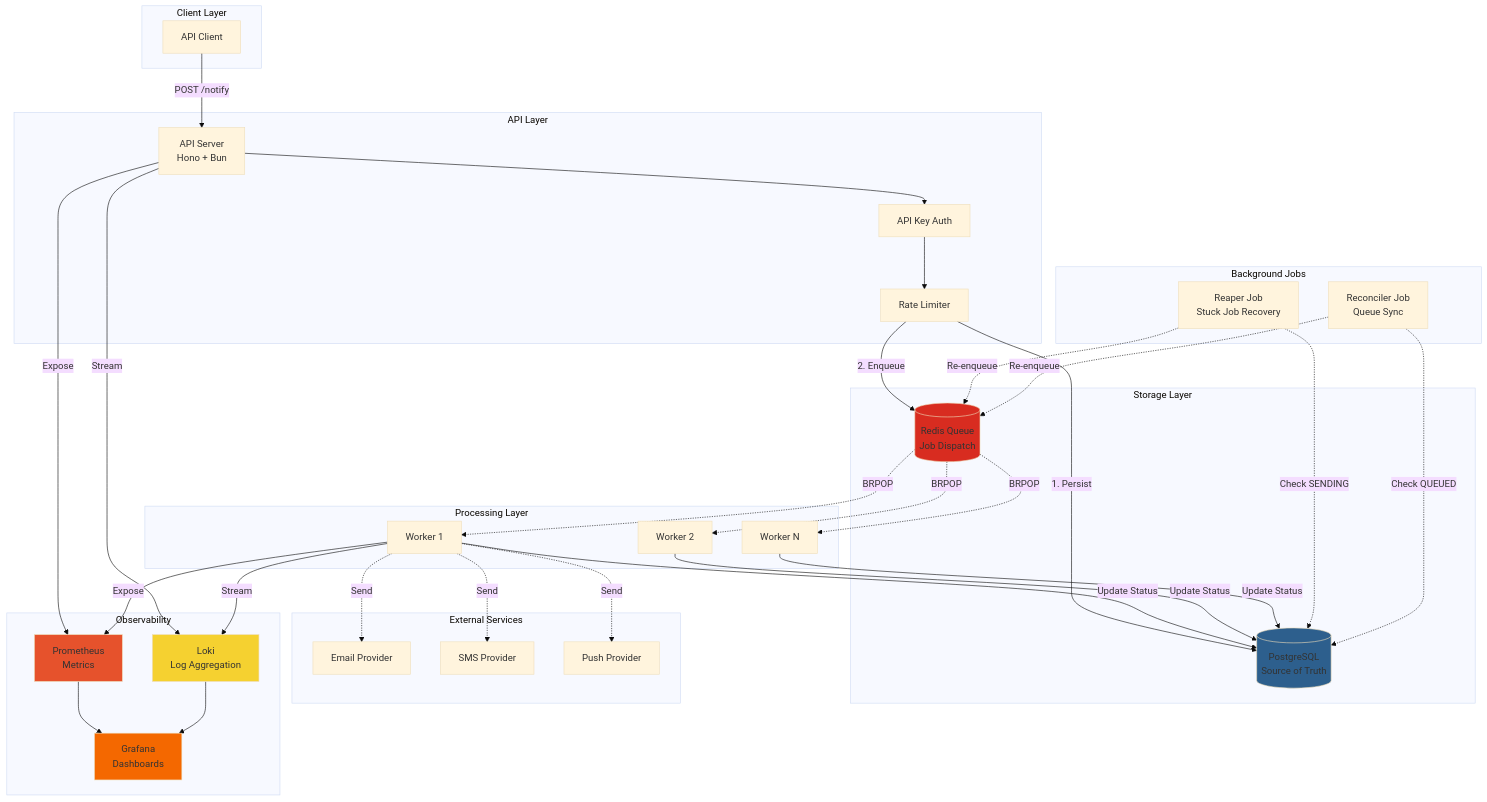
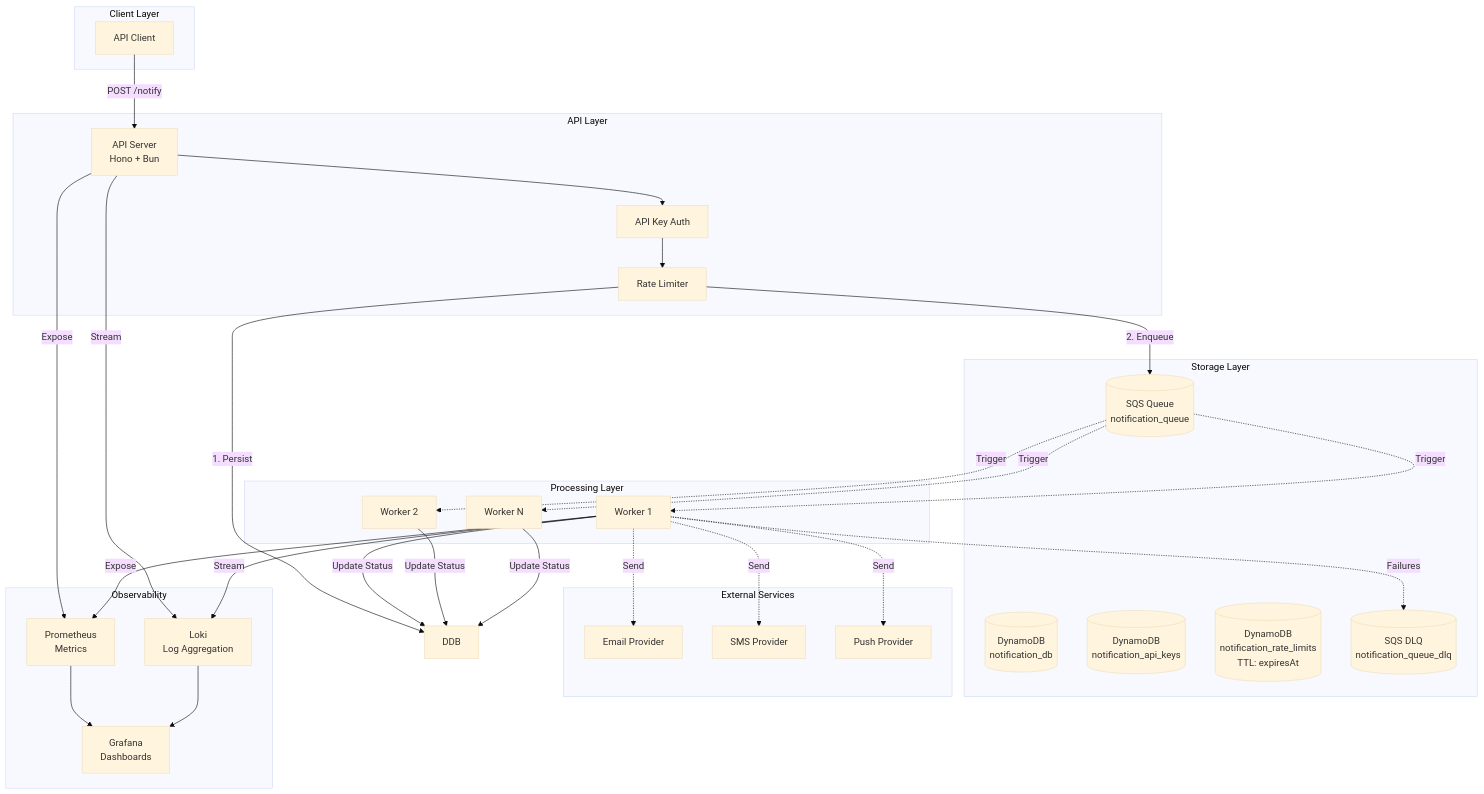
One commit to kofta999/notification-service changed the first of 2 diagrams in README.md. Above: the diagram before and after it, drawn with Mermaid (base theme). The commit also changed other lines of this file and 43 other files, not shown here.

````diff
--- a/README.md
+++ b/README.md
@@ -38,78 +42,67 @@
 ```mermaid
 graph TB
     subgraph "Client Layer"
         Client[API Client]
     end
 
     subgraph "API Layer"
         API[API Server<br/>Hono + Bun]
         Auth[API Key Auth]
         RateLimit[Rate Limiter]
     end
 
     subgraph "Storage Layer"
-        DB[(PostgreSQL<br/>Source of Truth)]
-        Redis[(Redis Queue<br/>Job Dispatch)]
+        DDB1[(DynamoDB<br/>notification_db)]
+        DDB2[(DynamoDB<br/>notification_api_keys)]
+        DDB3[(DynamoDB<br/>notification_rate_limits<br/>TTL: expiresAt)]
+        SQS[(SQS Queue<br/>notification_queue)]
+        DLQ[(SQS DLQ<br/>notification_queue_dlq)]
+
     end
 
     subgraph "Processing Layer"
         W1[Worker 1]
         W2[Worker 2]
         WN[Worker N]
     end
 
     subgraph "External Services"
         Email[Email Provider]
         SMS[SMS Provider]
         Push[Push Provider]
     end
 
-    subgraph "Background Jobs"
-        Reaper[Reaper Job<br/>Stuck Job Recovery]
-        Reconciler[Reconciler Job<br/>Queue Sync]
-    end
-
     subgraph "Observability"
         Prom[Prometheus<br/>Metrics]
         Grafana[Grafana<br/>Dashboards]
         Loki[Loki<br/>Log Aggregation]
     end
 
     Client -->|POST /notify| API
     API --> Auth
     Auth --> RateLimit
-    RateLimit -->|1. Persist| DB
-    RateLimit -->|2. Enqueue| Redis
+    RateLimit -->|1. Persist| DDB
+    RateLimit -->|2. Enqueue| SQS
 
-    Redis -.->|BRPOP| W1
-    Redis -.->|BRPOP| W2
-    Redis -.->|BRPOP| WN
+    SQS -.->|Trigger| W1
+    SQS -.->|Trigger| W2
+    SQS -.->|Trigger| WN
 
-    W1 -->|Update Status| DB
-    W2 -->|Update Status| DB
-    WN -->|Update Status| DB
+    W1 -->|Update Status| DDB
+    W2 -->|Update Status| DDB
+    WN -->|Update Status| DDB
 
     W1 -.->|Send| Email
     W1 -.->|Send| SMS
     W1 -.->|Send| Push
 
-    Reaper -.->|Check SENDING| DB
-    Reaper -.->|Re-enqueue| Redis
-
-    Reconciler -.->|Check QUEUED| DB
-    Reconciler -.->|Re-enqueue| Redis
+    W1 -.->|Failures| DLQ
 
     API -->|Expose| Prom
     W1 -->|Expose| Prom
     Prom --> Grafana
 
     API -->|Stream| Loki
     W1 -->|Stream| Loki
     Loki --> Grafana
-
-    style DB fill:#2d5f8d
-    style Redis fill:#d82c20
-    style Prom fill:#e6522c
-    style Grafana fill:#f46800
-    style Loki fill:#f5d130
 ```
````
